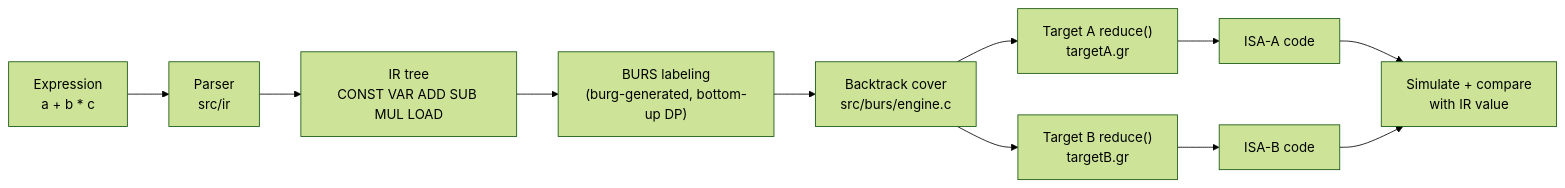
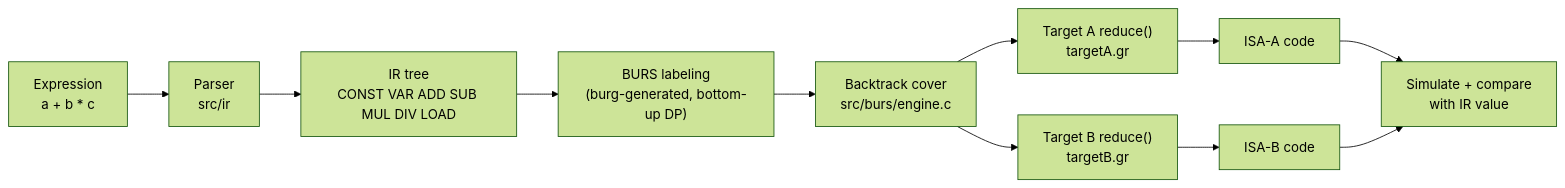
The diagram in README.md (ahmadazim542/burs-instruction-selector), drawn with Mermaid (forest theme) before and after one commit. The commit also changed other lines of this file and 34 other files, not shown here.

````diff
--- a/README.md
+++ b/README.md
@@ -87,11 +90,11 @@
 ```mermaid
 flowchart LR
     E["Expression<br/>a + b * c"] --> P["Parser<br/>src/ir"]
-    P --> T["IR tree<br/>CONST VAR ADD SUB MUL LOAD"]
+    P --> T["IR tree<br/>CONST VAR ADD SUB MUL DIV LOAD"]
     T --> L["BURS labeling<br/>(burg-generated, bottom-up DP)"]
     L --> C["Backtrack cover<br/>src/burs/engine.c"]
     C --> RA["Target A reduce()<br/>targetA.gr"] --> OA["ISA-A code"]
     C --> RB["Target B reduce()<br/>targetB.gr"] --> OB["ISA-B code"]
     OA --> S["Simulate + compare<br/>with IR value"]
     OB --> S
 ```
````
